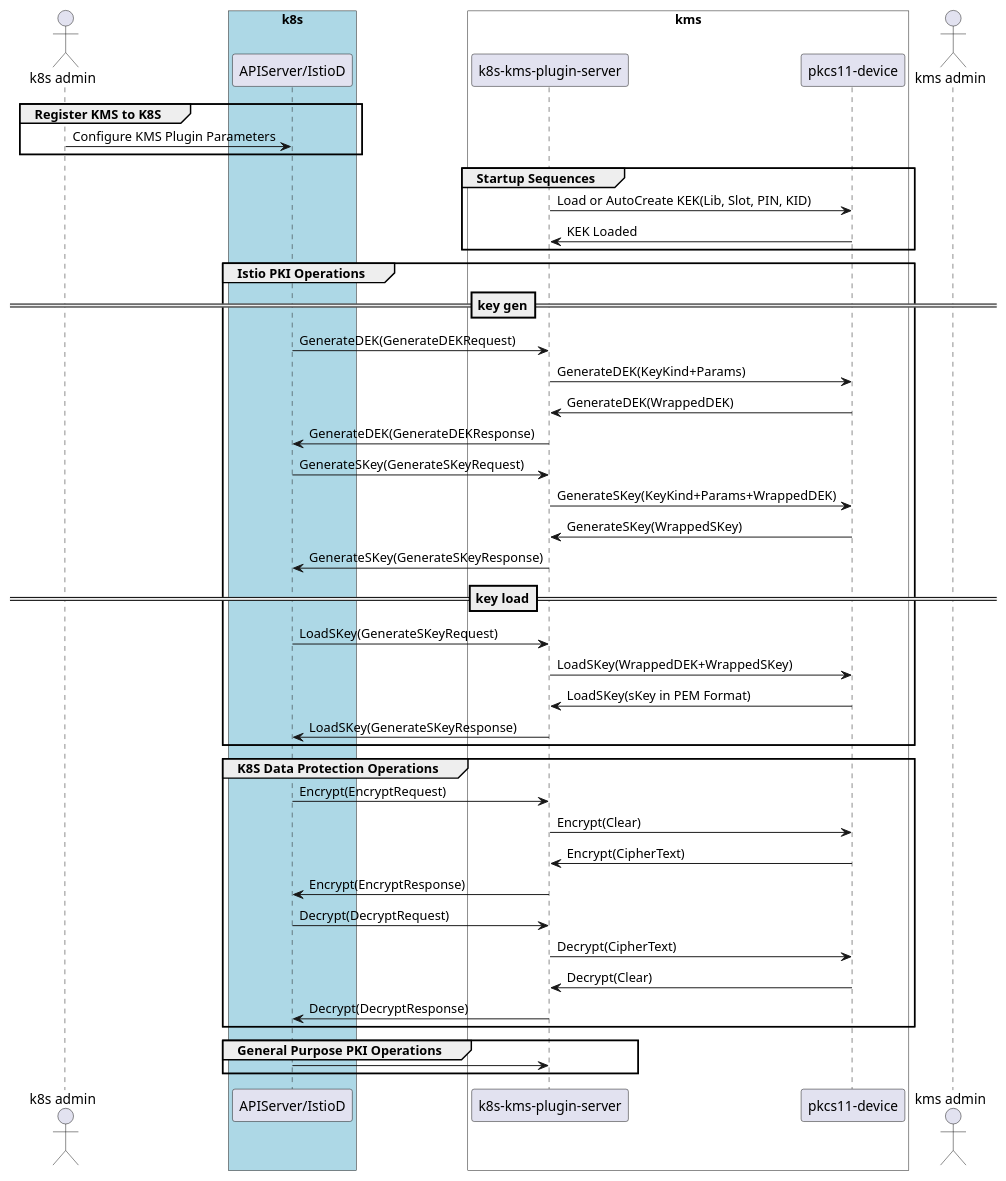
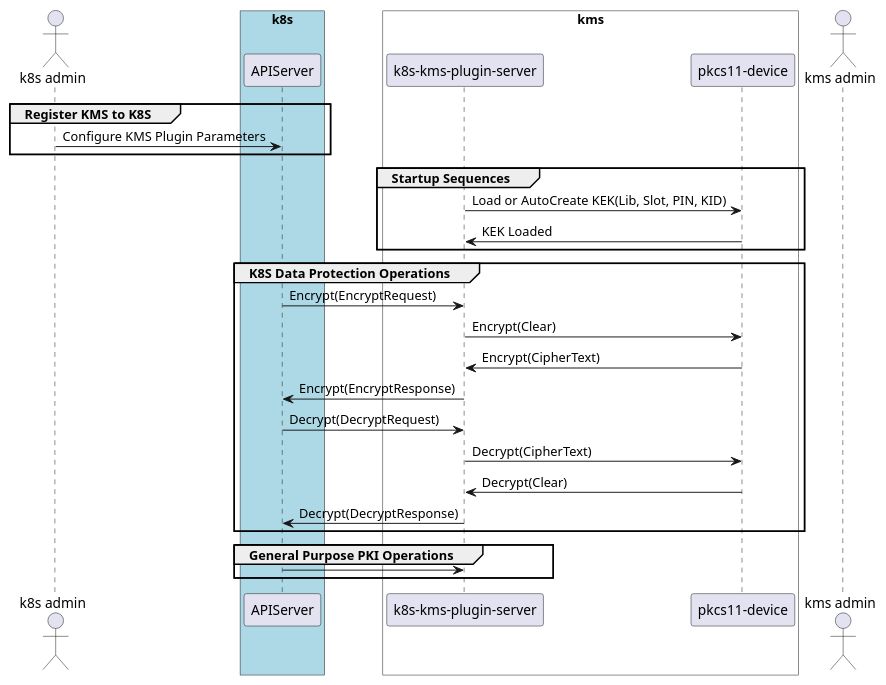
The diagram in docs/puml-diagrams/standalone.puml (ThalesGroup/k8s-kms-plugin), drawn with PlantUML before and after one commit. The commit also changed 64 other files, not shown here.

```diff
--- a/docs/puml-diagrams/standalone.puml
+++ b/docs/puml-diagrams/standalone.puml
@@ -1,61 +1,43 @@
 @startuml
     actor "k8s admin" as k8sa
 
     box "k8s" #LightBlue
-        participant "APIServer/IstioD" as apis
+        participant "APIServer" as apis
     end box
 
     box "kms" #fff
         participant "k8s-kms-plugin-server" as server
         participant "pkcs11-device" as p11
     end box
 
     group Register KMS to K8S
         k8sa -> apis : Configure KMS Plugin Parameters
 
     end
 
     group Startup Sequences
         server -> p11 : Load or AutoCreate KEK(Lib, Slot, PIN, KID)
         p11 -> server : KEK Loaded
     end
 
-    group Istio PKI Operations
-        ==key gen==
-        apis -> server : GenerateDEK(GenerateDEKRequest)
-        server -> p11 : GenerateDEK(KeyKind+Params)
-        server <- p11 : GenerateDEK(WrappedDEK)
-        apis <- server : GenerateDEK(GenerateDEKResponse)
-        apis -> server : GenerateSKey(GenerateSKeyRequest)
-        server -> p11 : GenerateSKey(KeyKind+Params+WrappedDEK)
-        server <- p11 : GenerateSKey(WrappedSKey)
-        apis <- server : GenerateSKey(GenerateSKeyResponse)
-
-        ==key load==
-        apis -> server : LoadSKey(GenerateSKeyRequest)
-        server -> p11 : LoadSKey(WrappedDEK+WrappedSKey)
-        server <- p11 : LoadSKey(sKey in PEM Format)
-        apis <- server : LoadSKey(GenerateSKeyResponse)
-
-    end
     group K8S Data Protection Operations
 
         apis -> server : Encrypt(EncryptRequest)
         server -> p11 : Encrypt(Clear)
         server <- p11 : Encrypt(CipherText)
         apis <- server : Encrypt(EncryptResponse)
 
         apis -> server : Decrypt(DecryptRequest)
         server -> p11 : Decrypt(CipherText)
         server <- p11 : Decrypt(Clear)
         apis <- server : Decrypt(DecryptResponse)
 
     end
 
 
     group General Purpose PKI Operations
         apis -> server :
     end
     actor "kms admin" as kmsa
 
 @enduml
```
